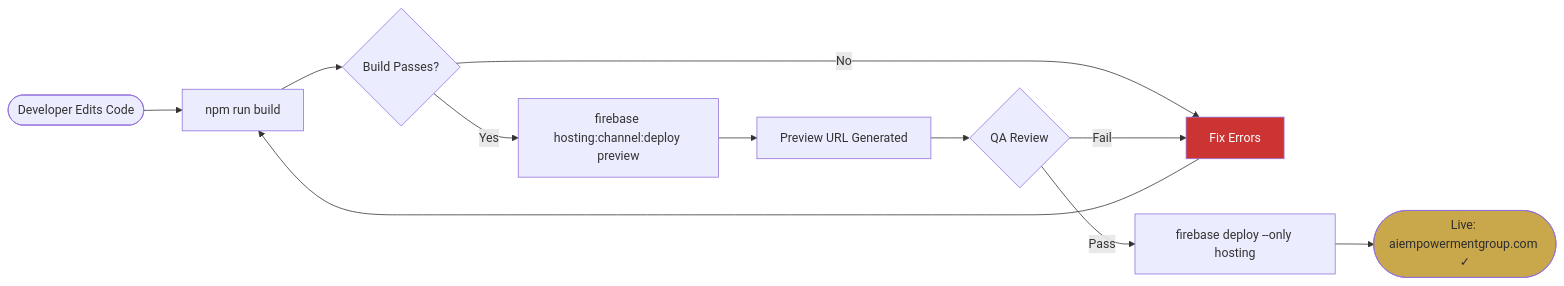
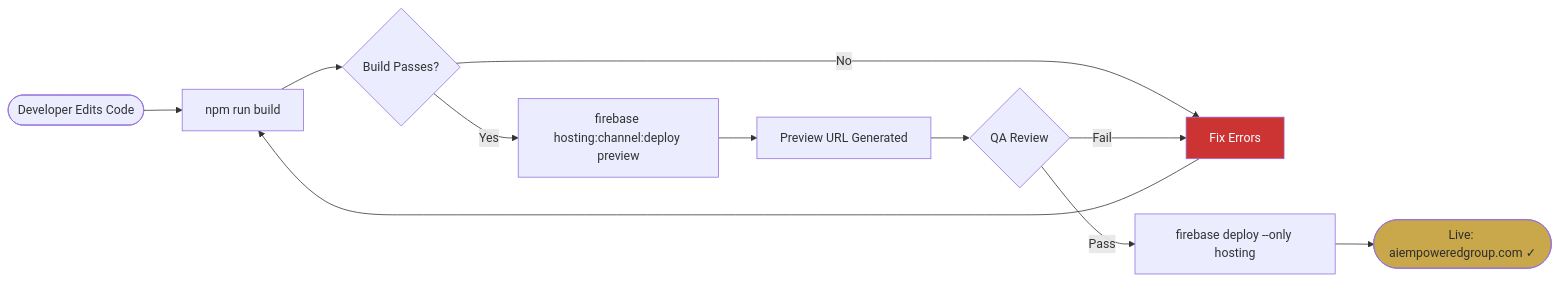
One commit to pssambila-maker/AI-Empowerment-Group changed the seventh of 7 diagrams in FLOW_DIAGRAM.md. Above: the diagram before and after it, drawn with Mermaid. The commit also changed other lines of this file and 24 other files, not shown here.

First line of the commit message:
Add a full test suite (unit + Firestore rules + E2E) and architecture docs

````diff
--- a/FLOW_DIAGRAM.md
+++ b/FLOW_DIAGRAM.md
@@ -221,16 +221,16 @@
 ```mermaid
 flowchart LR
     A([Developer Edits Code]) --> B[npm run build]
     B --> C{Build Passes?}
     C -->|No| D[Fix Errors]
     D --> B
     C -->|Yes| E[firebase hosting:channel:deploy preview]
     E --> F[Preview URL Generated]
     F --> G{QA Review}
     G -->|Fail| D
     G -->|Pass| H[firebase deploy --only hosting]
-    H --> I([Live: aiempowermentgroup.com ✓])
+    H --> I([Live: aiempoweredgroup.com ✓])
 
     style I fill:#C9A84C,color:#2D2D2D
     style D fill:#cc3333,color:#fff
 ```
````
